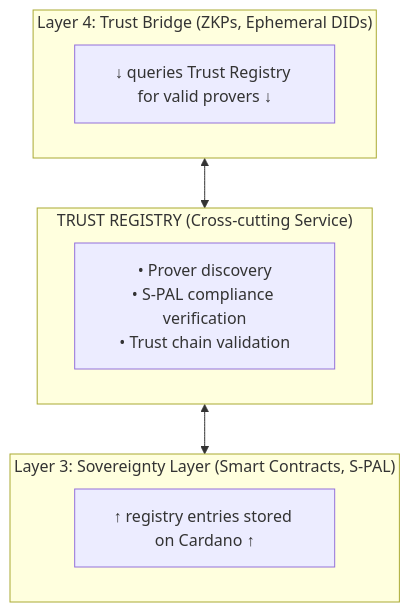
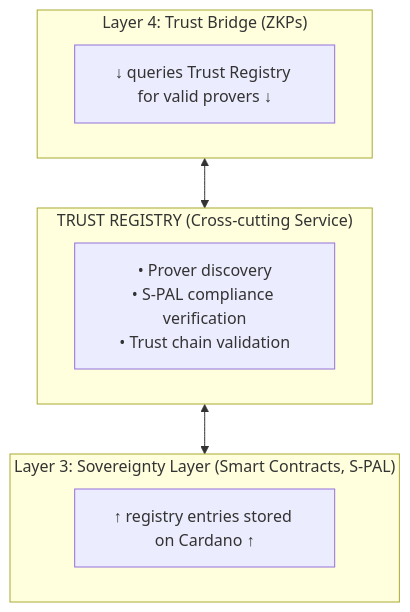
Before and after one commit to freehold-earth/freehold: the third of 3 diagrams in docs/concepts/trust-registry.md, drawn with Mermaid.

Commit message:
Take ephemeral DIDs out of the trust registry's Layer 4 label
The sentence above the diagram now places identity in Layer 5, but the
diagram's Layer 4 node still listed ephemeral DIDs, giving the two a
different owner.

Part of #21

````diff
--- a/docs/concepts/trust-registry.md
+++ b/docs/concepts/trust-registry.md
@@ -286,17 +286,17 @@
 ```mermaid
 flowchart TB
-    subgraph L4["Layer 4: Trust Bridge (ZKPs, Ephemeral DIDs)"]
+    subgraph L4["Layer 4: Trust Bridge (ZKPs)"]
         L4Query["↓ queries Trust Registry for valid provers ↓"]
     end
 
     subgraph TR["TRUST REGISTRY (Cross-cutting Service)"]
         TRFeatures["• Prover discovery<br/>• S-PAL compliance verification<br/>• Trust chain validation"]
     end
 
     subgraph L3["Layer 3: Sovereignty Layer (Smart Contracts, S-PAL)"]
         L3Store["↑ registry entries stored on Cardano ↑"]
     end
 
     L4 <--> TR
     TR <--> L3
 ```
````
